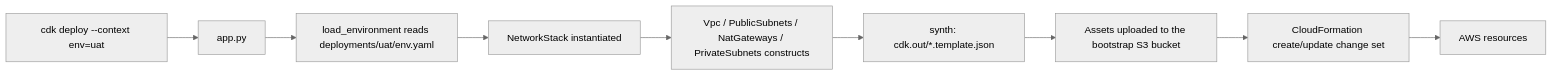
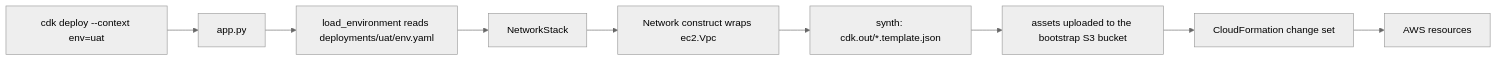
The diagram in DEPLOYMENT.md (KahBrightTech/cognitech-AWS-CDK-repo), drawn with Mermaid (neutral theme) before and after one commit. The commit also changed other lines of this file and 14 other files, not shown here.

````diff
--- a/DEPLOYMENT.md
+++ b/DEPLOYMENT.md
@@ -94,11 +46,11 @@
 ```mermaid
 flowchart LR
     A[cdk deploy --context env=uat] --> B[app.py]
     B --> C[load_environment reads deployments/uat/env.yaml]
-    D --> E[Vpc / PublicSubnets / NatGateways / PrivateSubnets constructs]
-    C --> D[NetworkStack instantiated]
+    C --> D[NetworkStack]
+    D --> E[Network construct wraps ec2.Vpc]
     E --> F[synth: cdk.out/*.template.json]
-    F --> G[Assets uploaded to the bootstrap S3 bucket]
-    G --> H[CloudFormation create/update change set]
+    F --> G[assets uploaded to the bootstrap S3 bucket]
+    G --> H[CloudFormation change set]
     H --> I[AWS resources]
 ```
````
